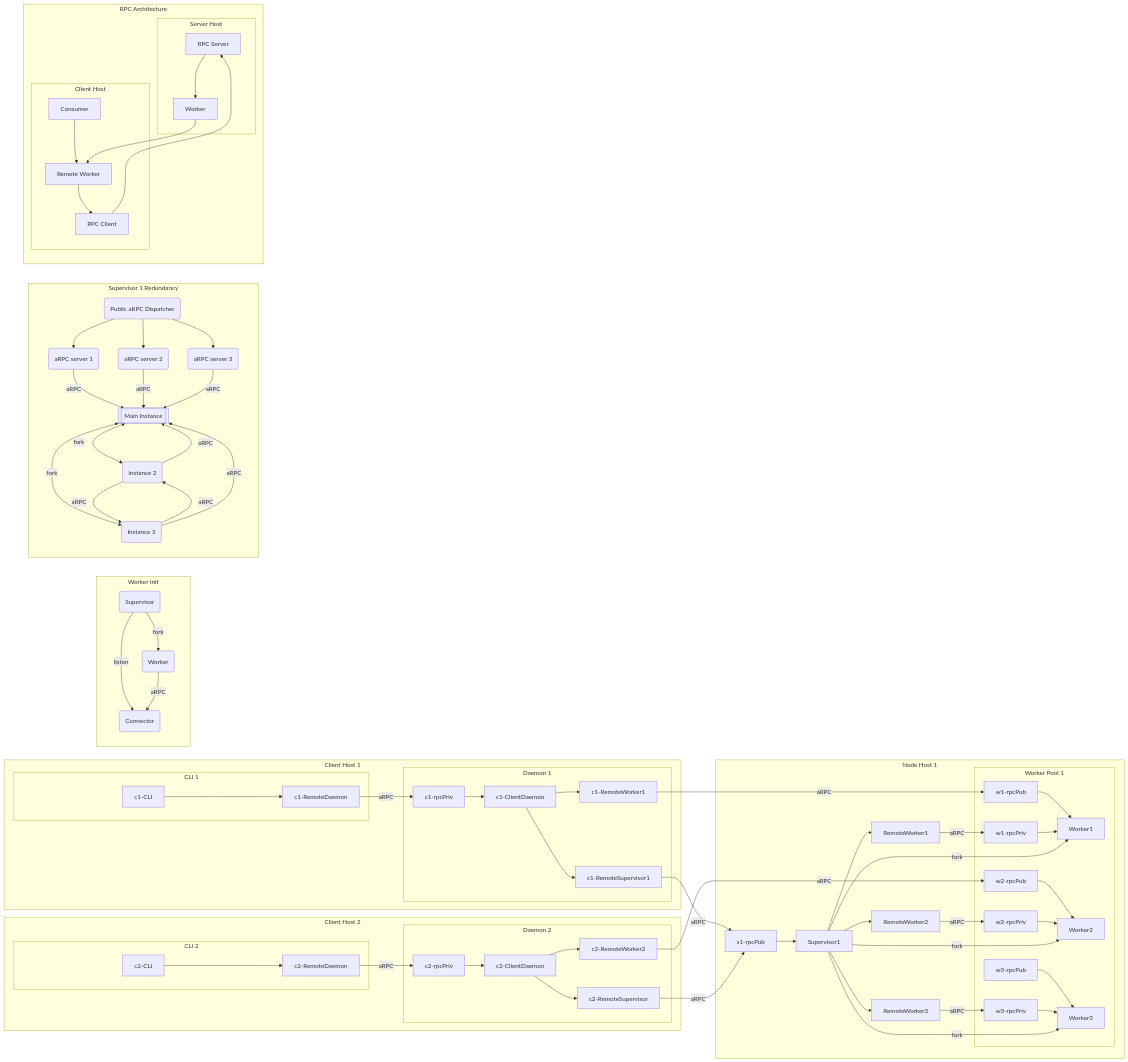
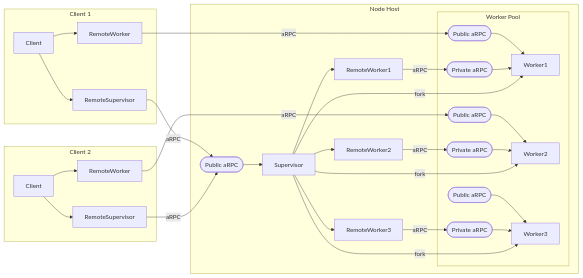
One commit to pancsta/asyncmachine-go changed the second of 12 diagrams in docs/diagrams.md. Above: the diagram before and after it, drawn with Mermaid. The commit also changed other lines of this file and 21 other files, not shown here.

Commit message:
docs: update readmes, add diagrams

````diff
--- a/docs/diagrams.md
+++ b/docs/diagrams.md
@@ -5,33 +29,45 @@
 ```mermaid
 flowchart LR
-    c1-RemoteWorker1 -- aRPC --> w1-rpcPub
-    c1-RemoteSupervisor1 -- aRPC --> s1-rpcPub
+    c1-RemoteWorker -- aRPC --> w1-rpcPub
+    c1-RemoteSupervisor -- aRPC --> s1-rpcPub
 
-    subgraph Client Host 1
-        subgraph CLI 1
-            c1-CLI --> c1-RemoteDaemon
-        end
-        subgraph Daemon 1
-            c1-RemoteDaemon -- aRPC --> c1-rpcPriv --> c1-ClientDaemon
-            c1-ClientDaemon --> c1-RemoteWorker1
-            c1-ClientDaemon --> c1-RemoteSupervisor1
-            c1-RemoteWorker1
-            c1-RemoteSupervisor1
-        end
+    subgraph Client 1
+        c1-Client[Client]
+        c1-RemoteWorker[RemoteWorker]
+        c1-RemoteSupervisor[RemoteSupervisor]
+        c1-Client --> c1-RemoteWorker
+        c1-Client --> c1-RemoteSupervisor
     end
 
-    subgraph Node Host 1
-        subgraph Worker Pool 1
+    subgraph Client 2
+        c2-Client[Client]
+        c2-RemoteWorker[RemoteWorker]
+        c2-RemoteSupervisor[RemoteSupervisor]
+        c2-Client --> c2-RemoteWorker
+        c2-Client --> c2-RemoteSupervisor
+    end
+
+    subgraph Node Host
+
+        subgraph Worker Pool
             w1-rpcPub --> Worker1
+            w1-rpcPub([Public aRPC])
             w1-rpcPriv --> Worker1
+            w1-rpcPriv([Private aRPC])
             w2-rpcPub --> Worker2
+            w2-rpcPub([Public aRPC])
             w2-rpcPriv --> Worker2
+            w2-rpcPriv([Private aRPC])
             w3-rpcPub --> Worker3
+            w3-rpcPub([Public aRPC])
             w3-rpcPriv --> Worker3
+            w3-rpcPriv([Private aRPC])
         end
 
+        s1-rpcPub([Public aRPC])
         s1-rpcPub --> Supervisor1
         Supervisor1 --> RemoteWorker1
+        Supervisor1[Supervisor]
         RemoteWorker1 -- aRPC --> w1-rpcPriv
         Supervisor1 -- fork --> Worker1
         Supervisor1 --> RemoteWorker2
@@ -42,73 +78,6 @@
         Supervisor1 -- fork --> Worker3
     end
 
-    c2-RemoteWorker2 -- aRPC --> w2-rpcPub
+    c2-RemoteWorker -- aRPC --> w2-rpcPub
     c2-RemoteSupervisor -- aRPC --> s1-rpcPub
-
-    subgraph Client Host 2
-        subgraph CLI 2
-            c2-CLI --> c2-RemoteDaemon
-        end
-        subgraph Daemon 2
-            c2-RemoteDaemon -- aRPC --> c2-rpcPriv --> c2-ClientDaemon
-            c2-ClientDaemon --> c2-RemoteWorker2
-            c2-ClientDaemon --> c2-RemoteSupervisor
-            c2-RemoteWorker2
-            c2-RemoteSupervisor
-        end
-    end
-
-    %% zoomins
-
-    subgraph work1 [Worker Init]
-        work1-worker(Worker)
-        work1-super(Supervisor)
-        work1-super-conn(Connector)
-
-        work1-super -- fork --> work1-worker
-        work1-super -- listen --> work1-super-conn
-        work1-worker -- aRPC --> work1-super-conn
-    end
-
-    subgraph sup1 [Supervisor 1 Redundancy]
-        Supervisor1-1-pub(Public aRPC Dispatcher)
-        Supervisor1-1-rpc1(aRPC server 1)
-        Supervisor1-1-rpc2(aRPC server 2)
-        Supervisor1-1-rpc3(aRPC server 3)
-        Supervisor1-1[[Main Instance]]
-        Supervisor1-2(Instance 2)
-        Supervisor1-3(Instance 3)
-
-        Supervisor1-1-pub  --> Supervisor1-1-rpc1
-        Supervisor1-1-pub  --> Supervisor1-1-rpc2
-        Supervisor1-1-pub  --> Supervisor1-1-rpc3
-        Supervisor1-1-rpc1 -- aRPC --> Supervisor1-1
-        Supervisor1-1-rpc2 -- aRPC --> Supervisor1-1
-        Supervisor1-1-rpc3 -- aRPC --> Supervisor1-1
-        Supervisor1-1 <-- fork --> Supervisor1-2
-        Supervisor1-1 <-- fork --> Supervisor1-3
-        Supervisor1-2 -- aRPC --> Supervisor1-1
-        Supervisor1-2 -- aRPC --> Supervisor1-3
-        Supervisor1-3 -- aRPC --> Supervisor1-2
-        Supervisor1-3 -- aRPC --> Supervisor1-1
-    end
-
-    subgraph rpc [RPC Architecture]
-        subgraph rpc-c [Client Host]
-            rpc-Consumer[Consumer]
-            rpc-Client[RPC Client]
-            rpc-RemoteWorker[Remote Worker]
-        end
-
-        subgraph rpc-s [Server Host]
-            rpc-Server[RPC Server]
-            rpc-Worker[Worker]
-        end
-
-        rpc-Consumer --> rpc-RemoteWorker
-        rpc-RemoteWorker --> rpc-Client
-        rpc-Client --> rpc-Server
-        rpc-Server --> rpc-Worker
-        rpc-Worker --> rpc-RemoteWorker
-    end
 ```
````
